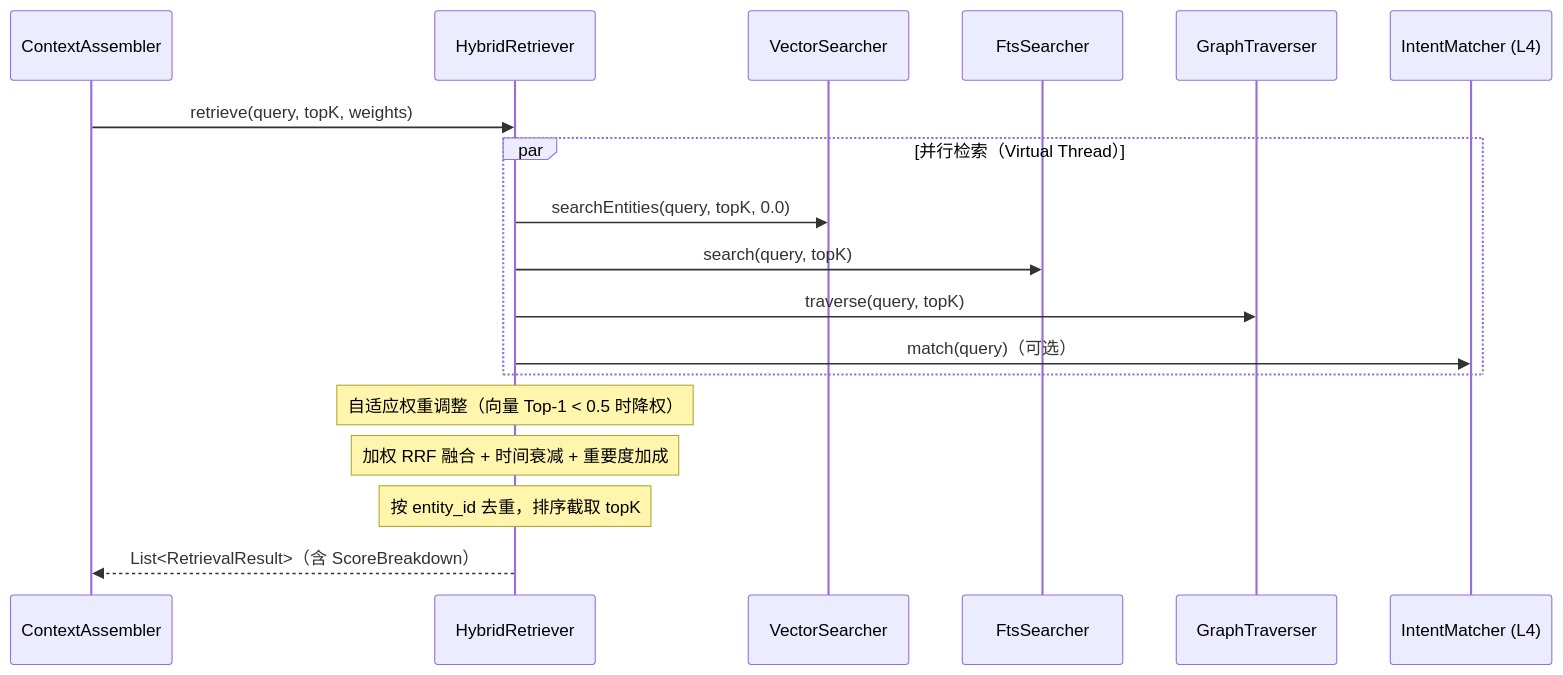
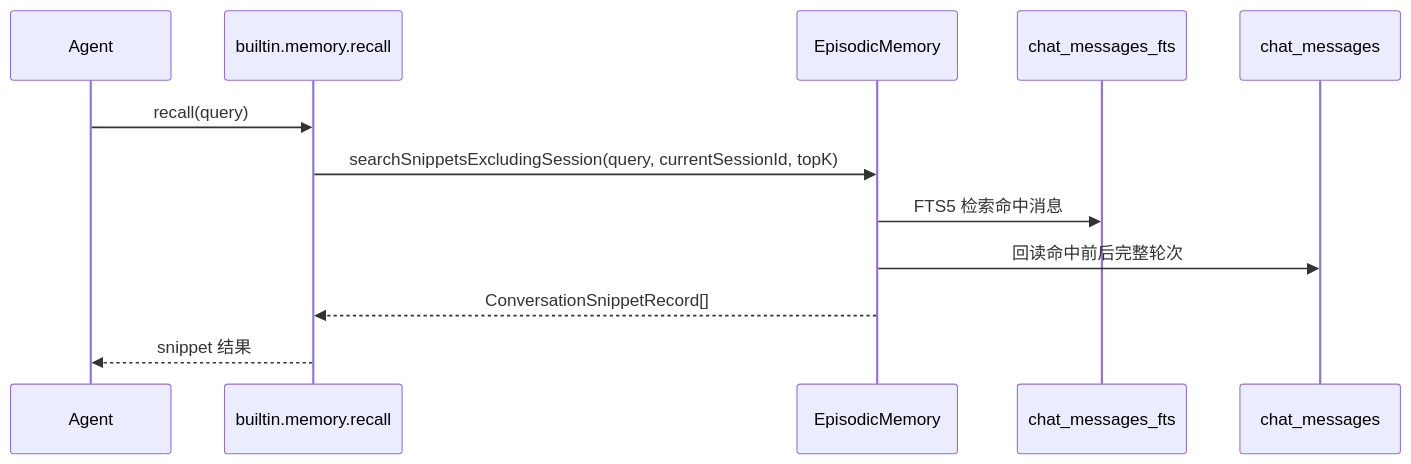
The third of 4 diagrams in docs/architecture/memory-system.md (ntygod/LifePilot), drawn with Mermaid before and after one commit. The commit also changed other lines of this file and 7 other files, not shown here.

````diff
--- a/docs/architecture/memory-system.md
+++ b/docs/architecture/memory-system.md
@@ -392,24 +192,15 @@
 ```mermaid
 sequenceDiagram
-    participant CA as ContextAssembler
-    participant HR as HybridRetriever
-    participant VS as VectorSearcher
-    participant FS as FtsSearcher
-    participant GT as GraphTraverser
-    participant IM as IntentMatcher (L4)
+    participant Agent as Agent
+    participant Tool as builtin.memory.recall
+    participant EM as EpisodicMemory
+    participant FTS as chat_messages_fts
+    participant DB as chat_messages
 
-    CA->>HR: retrieve(query, topK, weights)
-
-    par 并行检索（Virtual Thread）
-        HR->>VS: searchEntities(query, topK, 0.0)
-        HR->>FS: search(query, topK)
-        HR->>GT: traverse(query, topK)
-        HR->>IM: match(query)（可选）
-    end
-
-    Note over HR: 自适应权重调整（向量 Top-1 < 0.5 时降权）
-    Note over HR: 加权 RRF 融合 + 时间衰减 + 重要度加成
-    Note over HR: 按 entity_id 去重，排序截取 topK
-
-    HR-->>CA: List<RetrievalResult>（含 ScoreBreakdown）
+    Agent->>Tool: recall(query)
+    Tool->>EM: searchSnippetsExcludingSession(query, currentSessionId, topK)
+    EM->>FTS: FTS5 检索命中消息
+    EM->>DB: 回读命中前后完整轮次
+    EM-->>Tool: ConversationSnippetRecord[]
+    Tool-->>Agent: snippet 结果
 ```
````
